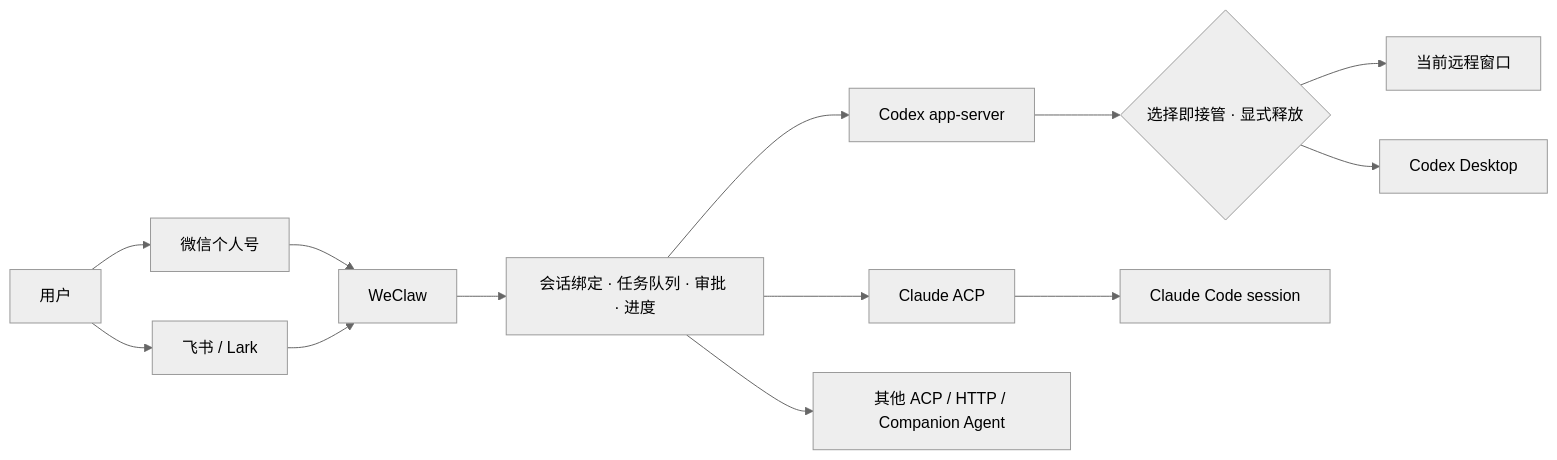
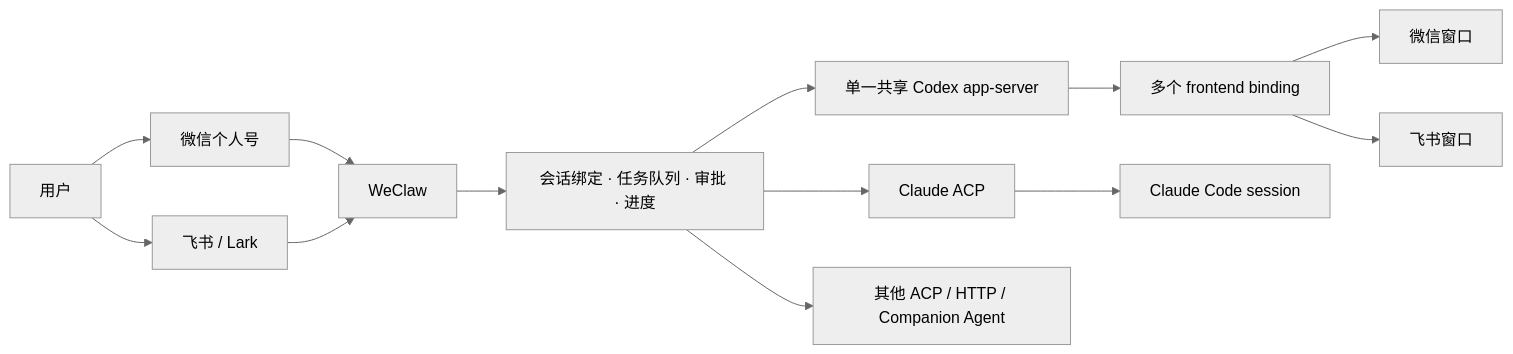
One commit to TingRuDeng/weclaw changed the diagram in README_CN.md. Above: the diagram before and after it, drawn with Mermaid (neutral theme). The commit also changed other lines of this file and 132 other files, not shown here.

Commit message:
重构 Codex 为单一共享 app-server (#24)

````diff
--- a/README_CN.md
+++ b/README_CN.md
@@ -101,15 +102,15 @@
 ```mermaid
 flowchart LR
     User[用户] --> WeChat[微信个人号]
     User --> Feishu[飞书 / Lark]
     WeChat --> Bridge[WeClaw]
     Feishu --> Bridge
     Bridge --> Core[会话绑定 · 任务队列 · 审批 · 进度]
-    Core --> Codex[Codex app-server]
+    Core --> Codex[单一共享 Codex app-server]
     Core --> Claude[Claude ACP]
     Core --> Other[其他 ACP / HTTP / Companion Agent]
-    Codex --> Owner{选择即接管 · 显式释放}
-    Owner --> Remote[当前远程窗口]
-    Owner --> Desktop[Codex Desktop]
+    Codex --> Bindings[多个 frontend binding]
+    Bindings --> WeChatClient[微信窗口]
+    Bindings --> FeishuClient[飞书窗口]
     Claude --> Session[Claude Code session]
 ```
````
